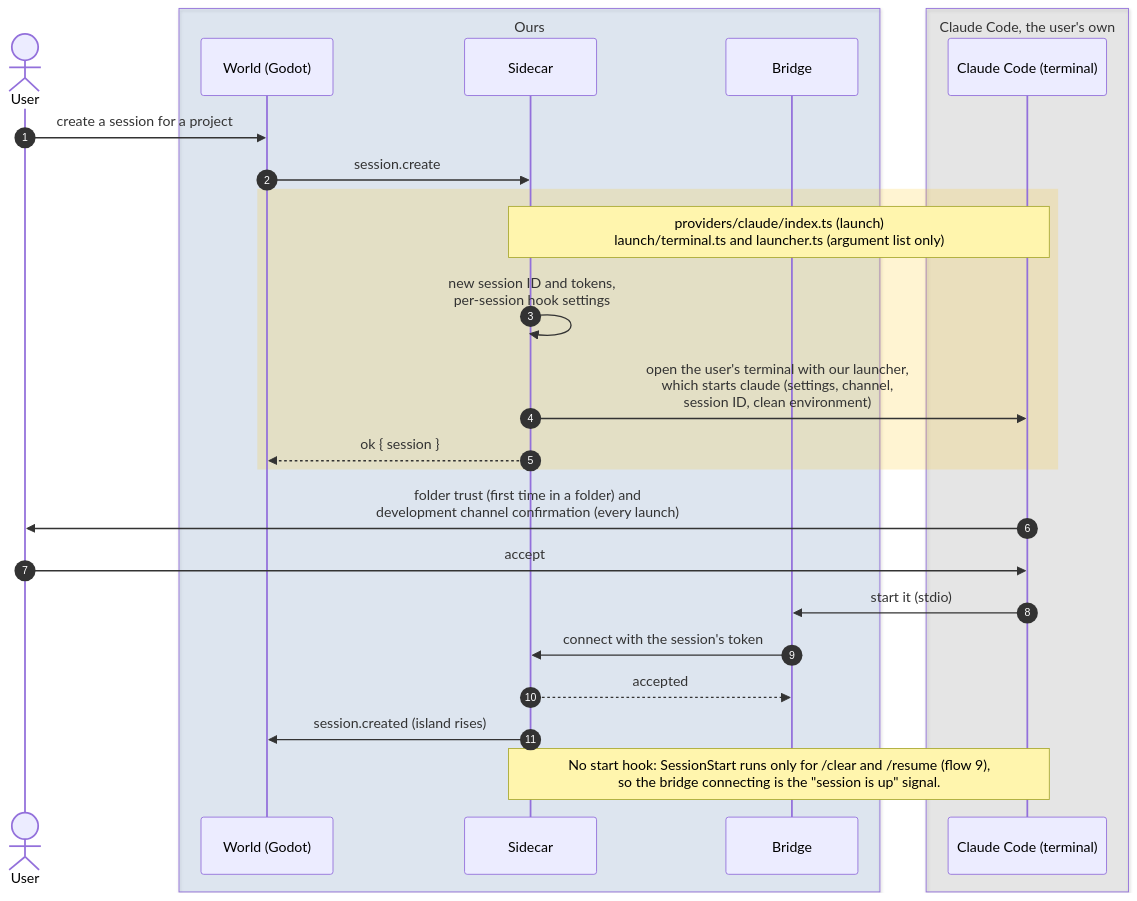
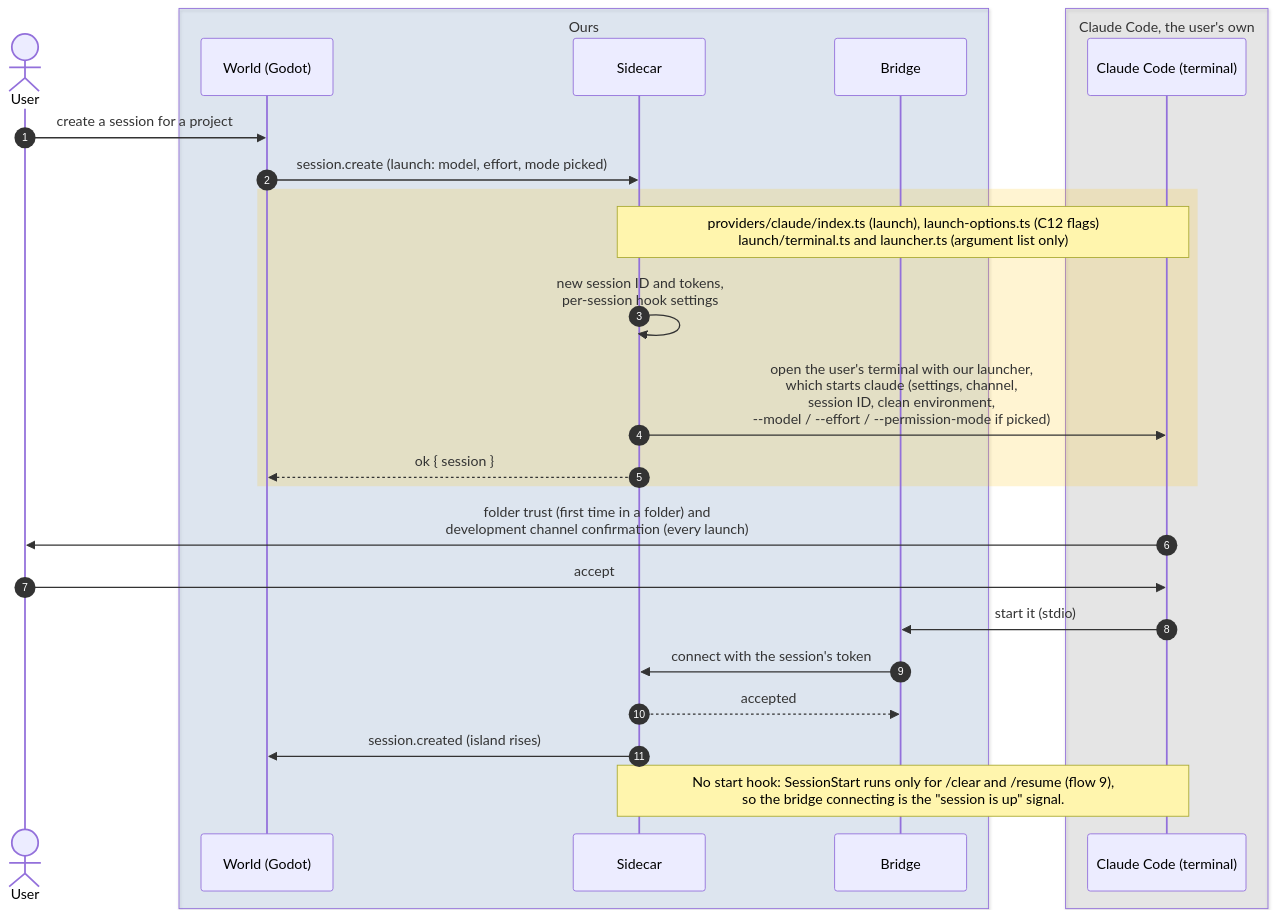
Before and after one commit to PaoloPortugal/The-Beach: the diagram in docs/diagrams/sequence/01-create-a-session.md, drawn with Mermaid. The commit also changed other lines of this file and 7 other files, not shown here.

Commit message:
Docs: C12 model, effort and mode at launch (NOTES, guide, flows, dev log, current focus, changelog watch item)

````diff
--- a/docs/diagrams/sequence/01-create-a-session.md
+++ b/docs/diagrams/sequence/01-create-a-session.md
@@ -7,31 +7,31 @@
 ```mermaid
 sequenceDiagram
     autonumber
     actor User
 
     box rgba(47,111,191,0.12) Ours
         participant World as World (Godot)
         participant Sidecar
         participant Bridge
     end
 
     box rgba(128,128,128,0.14) Claude Code, the user's own
         participant Claude as Claude Code (terminal)
     end
 
     User->>World: create a session for a project
-    World->>Sidecar: session.create
+    World->>Sidecar: session.create (launch: model, effort, mode picked)
     rect rgba(255,193,7,0.18)
-        Note over Sidecar,Claude: providers/claude/index.ts (launch)<br/>launch/terminal.ts and launcher.ts (argument list only)
+        Note over Sidecar,Claude: providers/claude/index.ts (launch), launch-options.ts (C12 flags)<br/>launch/terminal.ts and launcher.ts (argument list only)
         Sidecar->>Sidecar: new session ID and tokens,<br/>per-session hook settings
-        Sidecar->>Claude: open the user's terminal with our launcher,<br/>which starts claude (settings, channel,<br/>session ID, clean environment)
+        Sidecar->>Claude: open the user's terminal with our launcher,<br/>which starts claude (settings, channel,<br/>session ID, clean environment,<br/>--model / --effort / --permission-mode if picked)
         Sidecar-->>World: ok { session }
     end
     Claude->>User: folder trust (first time in a folder) and<br/>development channel confirmation (every launch)
     User->>Claude: accept
     Claude->>Bridge: start it (stdio)
     Bridge->>Sidecar: connect with the session's token
     Sidecar-->>Bridge: accepted
     Sidecar->>World: session.created (island rises)
     Note over Claude,Sidecar: No start hook: SessionStart runs only for /clear and /resume (flow 9),<br/>so the bridge connecting is the "session is up" signal.
 ```
````
